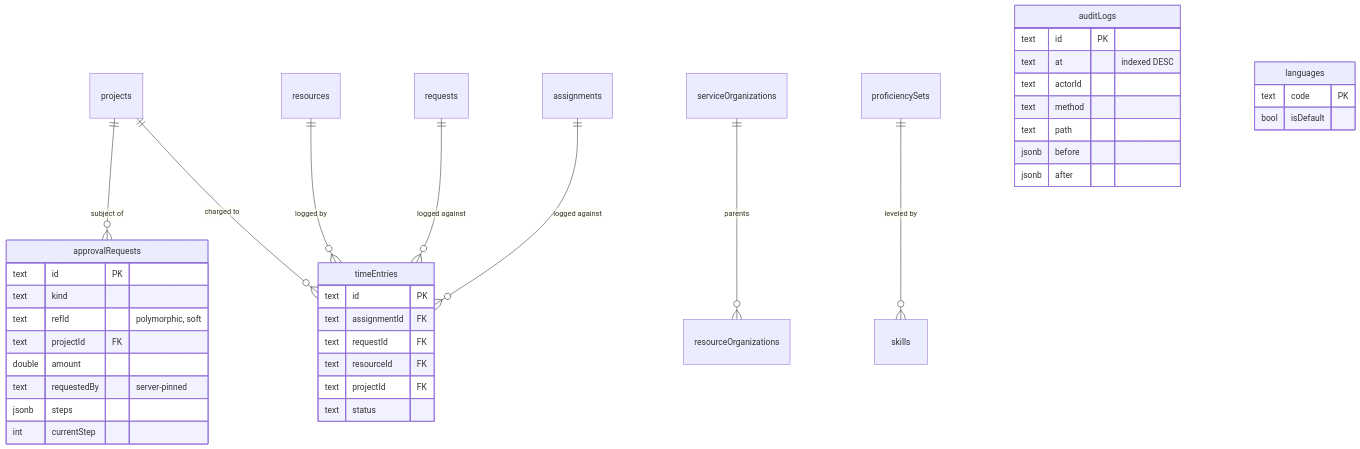
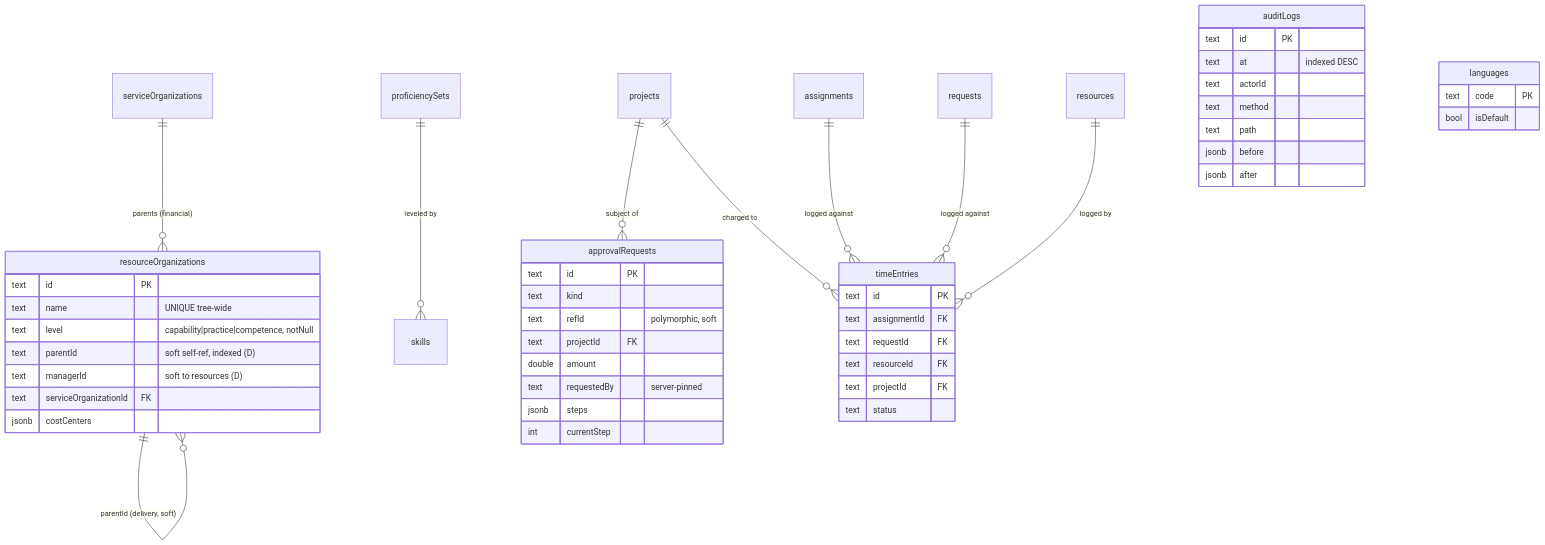
One commit to Raistlin82/project-resource-mgmt changed the fourth of 4 diagrams in docs/architecture/03-backend-and-data.md. Above: the diagram before and after it, drawn with Mermaid. The commit also changed other lines of this file and 3 other files, not shown here.

````diff
--- a/docs/architecture/03-backend-and-data.md
+++ b/docs/architecture/03-backend-and-data.md
@@ -499,40 +499,50 @@
 ```mermaid
 erDiagram
     projects ||--o{ approvalRequests : "subject of"
-    serviceOrganizations ||--o{ resourceOrganizations : "parents"
+    serviceOrganizations ||--o{ resourceOrganizations : "parents (financial)"
+    resourceOrganizations ||--o{ resourceOrganizations : "parentId (delivery, soft)"
     proficiencySets ||--o{ skills : "leveled by"
     assignments ||--o{ timeEntries : "logged against"
     requests    ||--o{ timeEntries : "logged against"
     resources   ||--o{ timeEntries : "logged by"
     projects    ||--o{ timeEntries : "charged to"
 
     approvalRequests {
         text id PK
         text kind
         text refId "polymorphic, soft"
         text projectId FK
         double amount
         text requestedBy "server-pinned"
         jsonb steps
         int currentStep
     }
     timeEntries {
         text id PK
         text assignmentId FK
         text requestId FK
         text resourceId FK
         text projectId FK
         text status
     }
     auditLogs {
         text id PK
         text at "indexed DESC"
         text actorId
         text method
         text path
         jsonb before
         jsonb after
     }
+    resourceOrganizations {
+        text id PK
+        text name "UNIQUE tree-wide"
+        text level "capability|practice|competence, notNull"
+        text parentId "soft self-ref, indexed (D)"
+        text managerId "soft to resources (D)"
+        text serviceOrganizationId FK
+        jsonb costCenters
+    }
     languages { text code PK
         bool isDefault }
 ```
````
